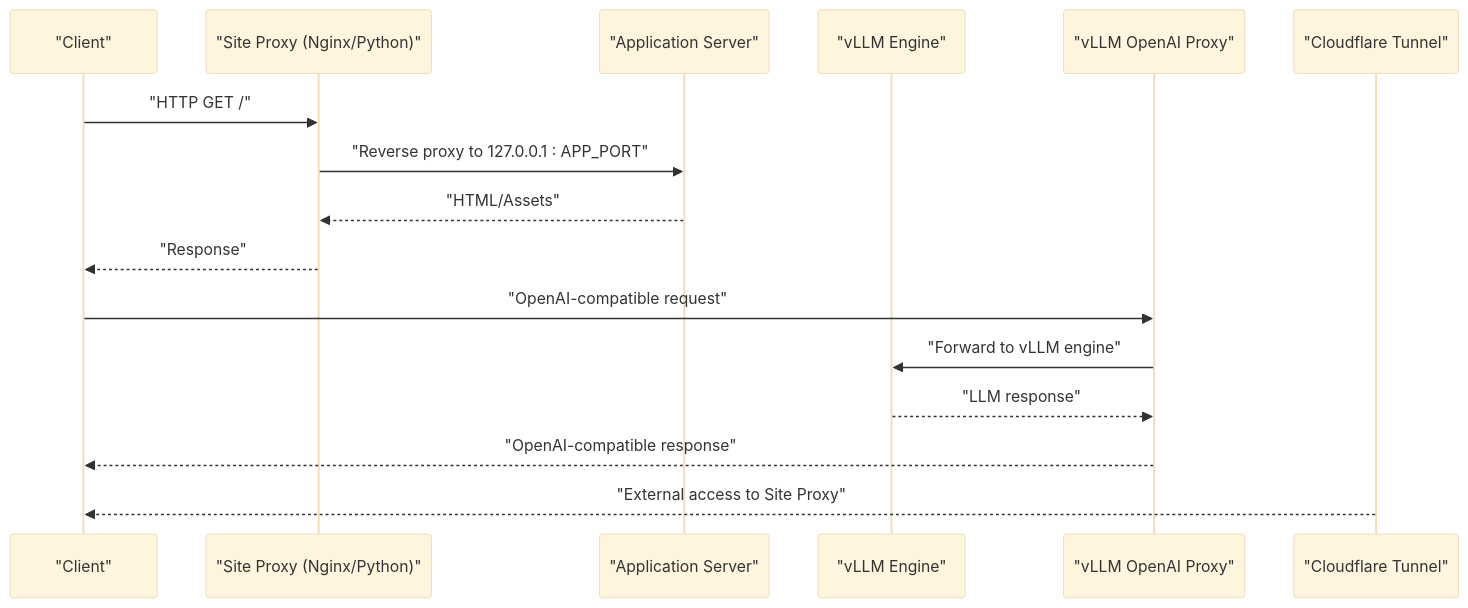
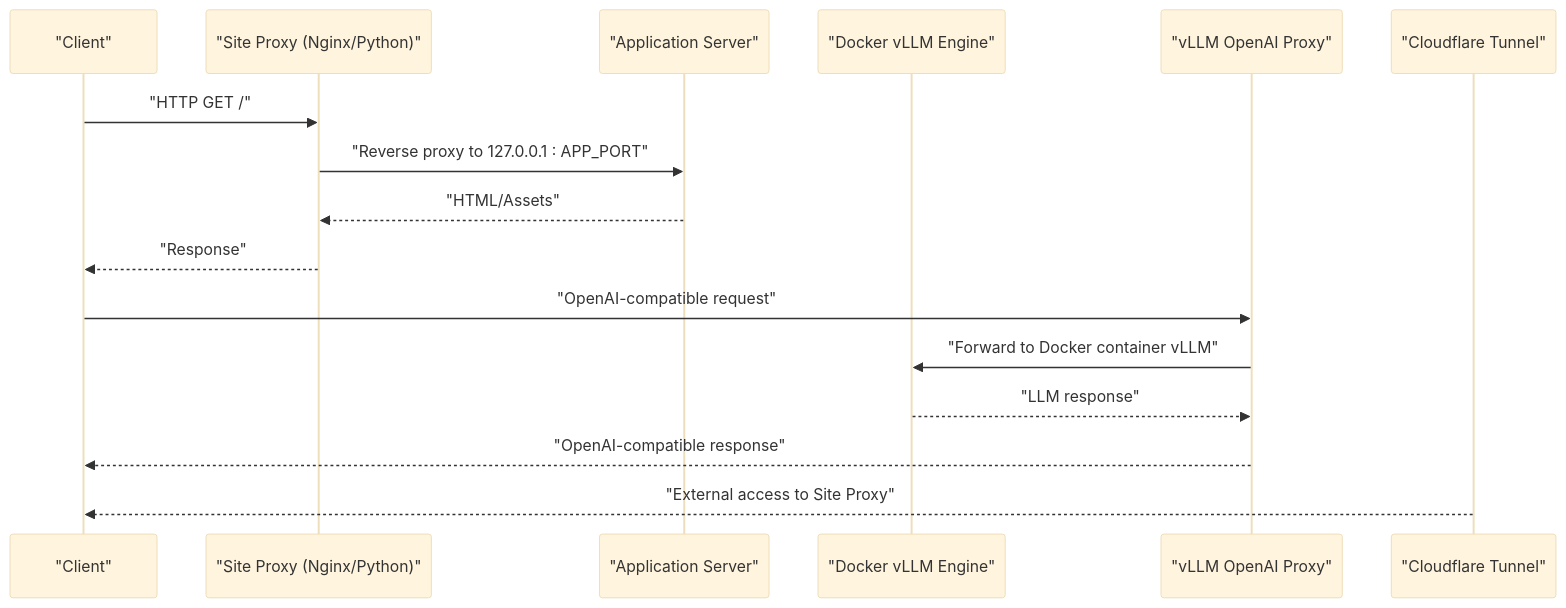
The second of 9 diagrams in .qoder/repowiki/en/content/Deployment and Operations/Systemd Services.md (intellistream/sage-mate), drawn with Mermaid (base theme) before and after one commit. The commit also changed other lines of this file and 136 other files, not shown here.

First line of the commit message:
chore: source updates, bidirectional link graph, data and repowiki refresh

````diff
--- a/.qoder/repowiki/en/content/Deployment and Operations/Systemd Services.md
+++ b/.qoder/repowiki/en/content/Deployment and Operations/Systemd Services.md
@@ -145,18 +152,18 @@
 ```mermaid
 sequenceDiagram
 participant Client as "Client"
 participant Site as "Site Proxy (Nginx/Python)"
 participant App as "Application Server"
-participant Engine as "vLLM Engine"
+participant Engine as "Docker vLLM Engine"
 participant Proxy as "vLLM OpenAI Proxy"
 participant Tunnel as "Cloudflare Tunnel"
 Client->>Site : "HTTP GET /"
 Site->>App : "Reverse proxy to 127.0.0.1 : APP_PORT"
 App-->>Site : "HTML/Assets"
 Site-->>Client : "Response"
 Client->>Proxy : "OpenAI-compatible request"
-Proxy->>Engine : "Forward to vLLM engine"
+Proxy->>Engine : "Forward to Docker container vLLM"
 Engine-->>Proxy : "LLM response"
 Proxy-->>Client : "OpenAI-compatible response"
 Tunnel-->>Client : "External access to Site Proxy"
 ```
````
